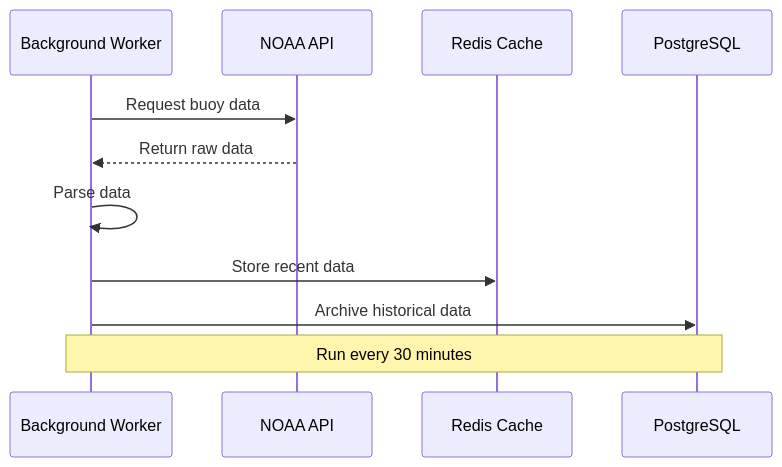
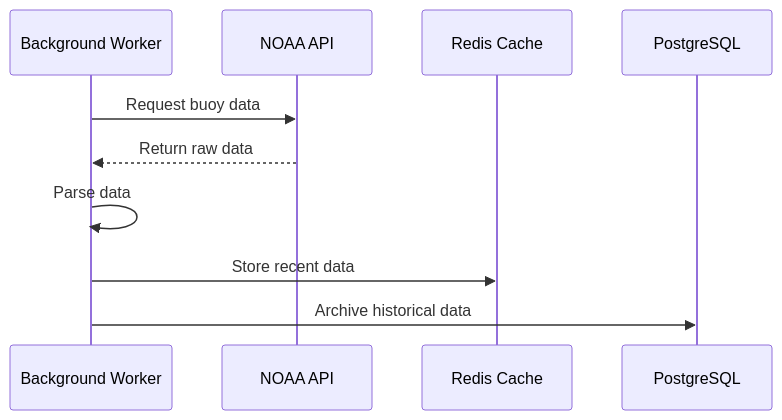
The fifth of 5 diagrams in docs/surf_app_architecture.md (JoshFarwig/nana-nalu), drawn with Mermaid before and after one commit. The commit also changed other lines of this file, not shown here.

````diff
--- a/docs/surf_app_architecture.md
+++ b/docs/surf_app_architecture.md
@@ -387,15 +391,14 @@
 ```mermaid
 sequenceDiagram
     participant Worker as Background Worker
     participant NOAA as NOAA API
     participant Cache as Redis Cache
     participant DB as PostgreSQL
     
     Worker->>NOAA: Request buoy data
     NOAA-->>Worker: Return raw data
     Worker->>Worker: Parse data
     Worker->>Cache: Store recent data
     Worker->>DB: Archive historical data
-    
-    Note over Worker,DB: Run every 30 minutes
+  
 ```
````
